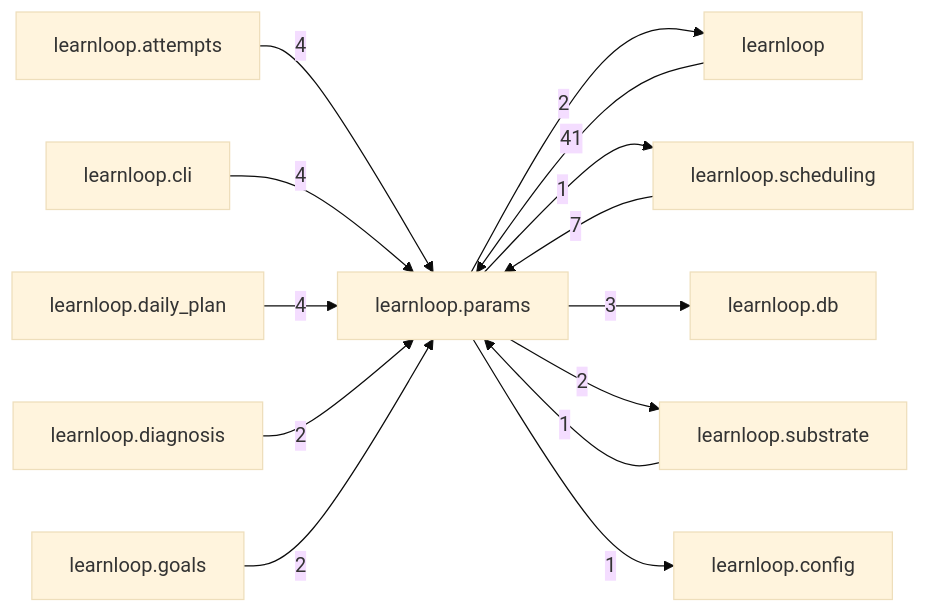
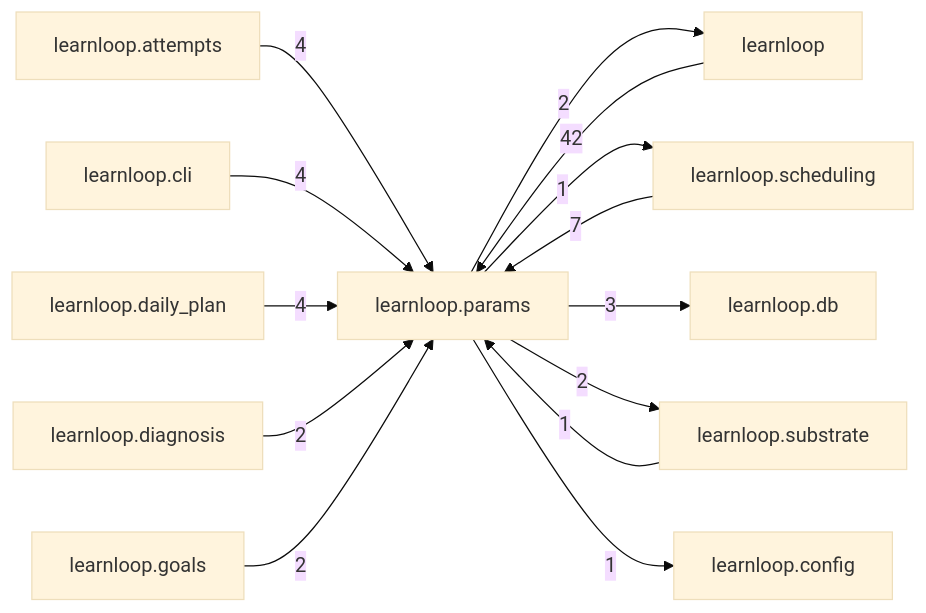
One commit to 6up-b/learnanything changed the diagram in docs/learnloop-architecture-vault/Reference/Modules/learnloop/params/_package.md. Above: the diagram before and after it, drawn with Mermaid (base theme). The commit also changed other lines of this file and 533 other files, not shown here.

````diff
--- a/docs/learnloop-architecture-vault/Reference/Modules/learnloop/params/_package.md
+++ b/docs/learnloop-architecture-vault/Reference/Modules/learnloop/params/_package.md
@@ -90,27 +90,27 @@
 ```mermaid
 flowchart LR
     center["learnloop.params"]
     n_learnloop["learnloop"]
     n_learnloop_scheduling["learnloop.scheduling"]
     n_learnloop_attempts["learnloop.attempts"]
     n_learnloop_cli["learnloop.cli"]
     n_learnloop_daily_plan["learnloop.daily_plan"]
     n_learnloop_db["learnloop.db"]
     n_learnloop_substrate["learnloop.substrate"]
     n_learnloop_diagnosis["learnloop.diagnosis"]
     n_learnloop_goals["learnloop.goals"]
     n_learnloop_config["learnloop.config"]
-    n_learnloop -->|41| center
+    n_learnloop -->|42| center
     center -->|2| n_learnloop
     n_learnloop_scheduling -->|7| center
     center -->|1| n_learnloop_scheduling
     n_learnloop_attempts -->|4| center
     n_learnloop_cli -->|4| center
     n_learnloop_daily_plan -->|4| center
     center -->|3| n_learnloop_db
     n_learnloop_substrate -->|1| center
     center -->|2| n_learnloop_substrate
     n_learnloop_diagnosis -->|2| center
     n_learnloop_goals -->|2| center
     center -->|1| n_learnloop_config
 ```
````
